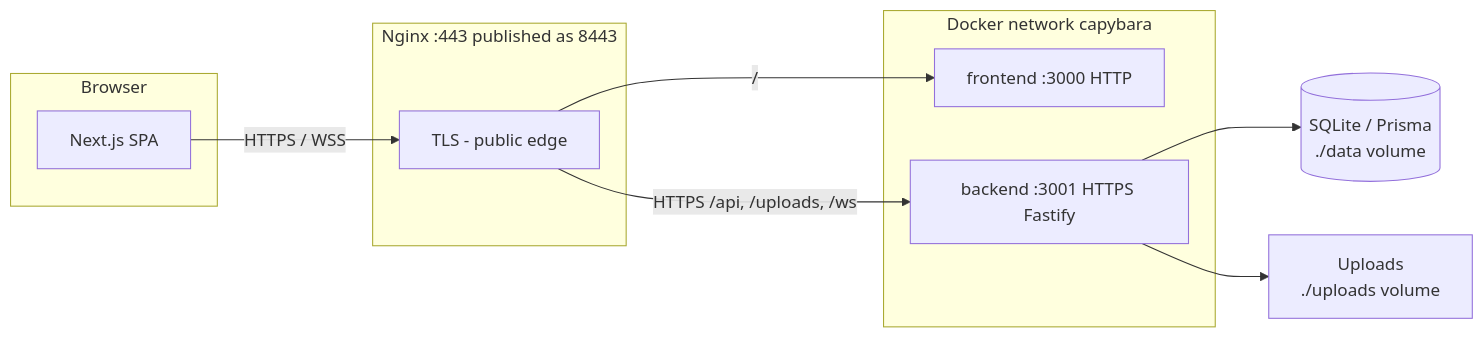
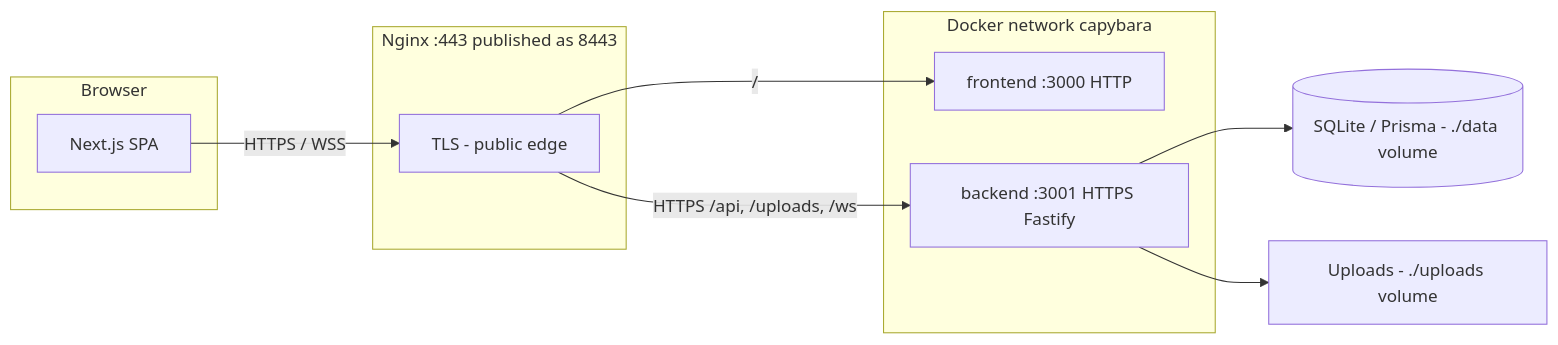
One commit to qtayyy/42-ft_transcendence changed the diagram in README.md. Above: the diagram before and after it, drawn with Mermaid. The commit also changed other lines of this file, not shown here.

````diff
--- a/README.md
+++ b/README.md
@@ -27,21 +87,21 @@
 ```mermaid
 flowchart LR
   subgraph client [Browser]
     SPA[Next.js SPA]
   end
   subgraph edge [Nginx :443 published as 8443]
     TLS1[TLS - public edge]
   end
   subgraph compose [Docker network capybara]
     FE[frontend :3000 HTTP]
     BE[backend :3001 HTTPS Fastify]
   end
-  DB[(SQLite / Prisma\n./data volume)]
-  FS[Uploads\n./uploads volume]
+  DB[(SQLite / Prisma - ./data volume)]
+  FS[Uploads - ./uploads volume]
 
   SPA -->|"HTTPS / WSS"| TLS1
   TLS1 -->|"/"| FE
   TLS1 -->|"HTTPS /api, /uploads, /ws"| BE
   BE --> DB
   BE --> FS
 ```
````
